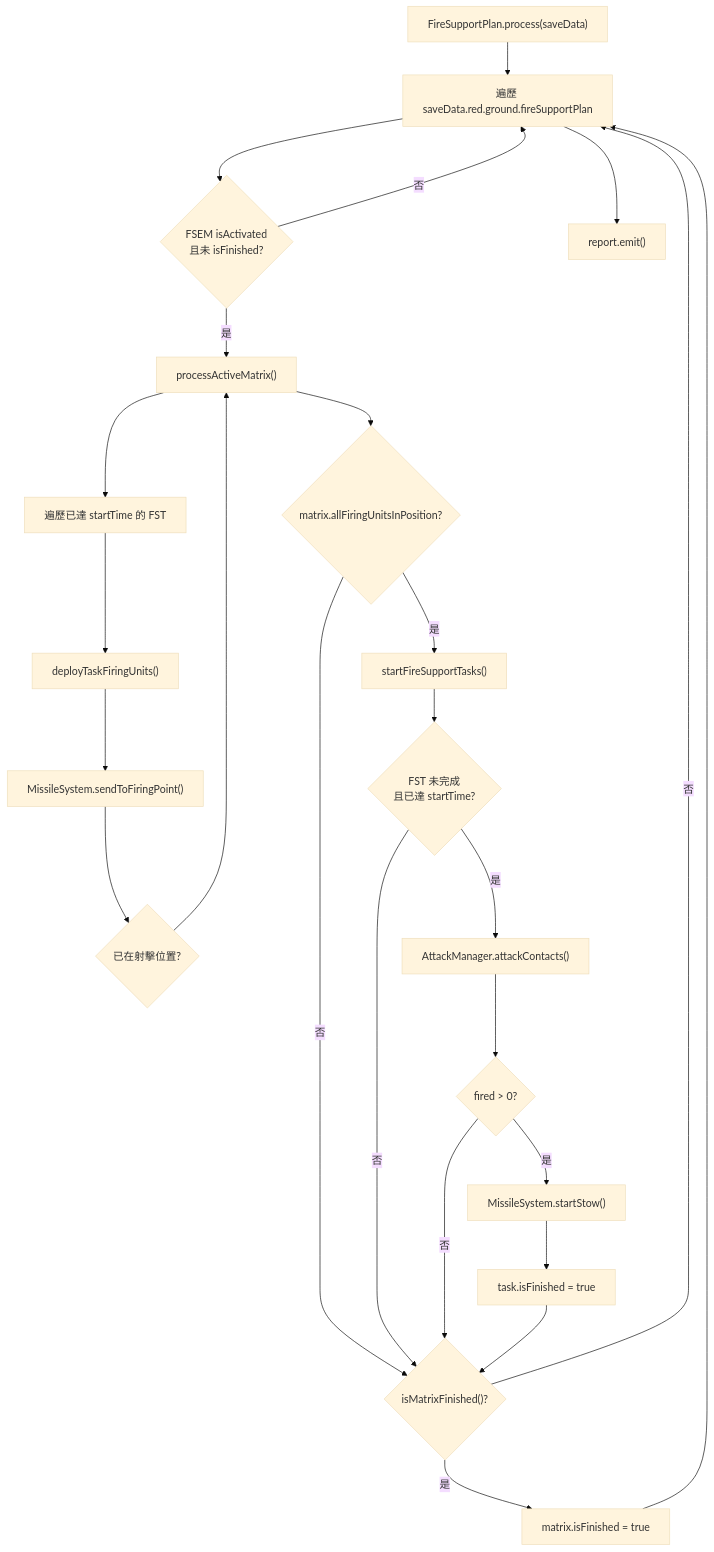
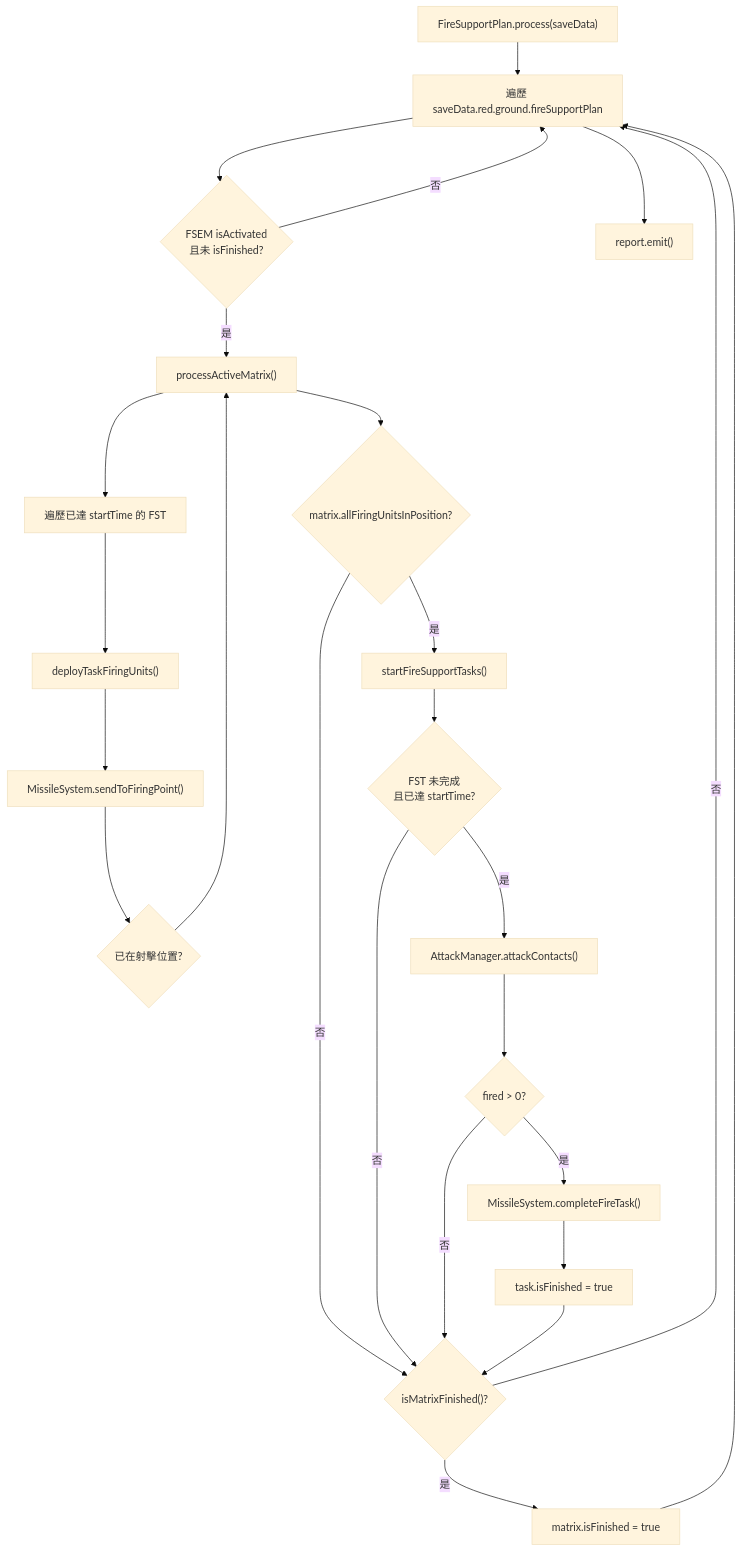
Before and after one commit to pullupjumper/formosa-in-flames: the diagram in docs/strikePlanner/fireSupportPlan.md, drawn with Mermaid (base theme). The commit also changed other lines of this file and 11 other files, not shown here.

First line of the commit message:
refactor(missileSystem): split startStow into completeFireTask and abortFireTask

````diff
--- a/docs/strikePlanner/fireSupportPlan.md
+++ b/docs/strikePlanner/fireSupportPlan.md
@@ -98,46 +98,46 @@
 ```mermaid
 flowchart TD
     START["FireSupportPlan.process(saveData)"]
     LOOP["遍歷 saveData.red.ground.fireSupportPlan"]
     ACTIVE{"FSEM isActivated<br/>且未 isFinished?"}
     PROCESS["processActiveMatrix()"]
     DEPLOY_TASK["遍歷已達 startTime 的 FST"]
     DEPLOY_UNIT["deployTaskFiringUnits()"]
     SEND["MissileSystem.sendToFiringPoint()"]
     STATIC{"已在射擊位置?"}
     ALL_READY{"matrix.allFiringUnitsInPosition?"}
     EXECUTE["startFireSupportTasks()"]
     TASK_READY{"FST 未完成<br/>且已達 startTime?"}
     ATTACK["AttackManager.attackContacts()"]
     FIRED{"fired > 0?"}
-    STOW["MissileSystem.startStow()"]
+    STOW["MissileSystem.completeFireTask()"]
     TASK_DONE["task.isFinished = true"]
     MATRIX_DONE{"isMatrixFinished()?"}
     FINISH["matrix.isFinished = true"]
     LOG["report.emit()"]
 
     START --> LOOP
     LOOP --> ACTIVE
     ACTIVE -->|否| LOOP
     ACTIVE -->|是| PROCESS
     PROCESS --> DEPLOY_TASK
     DEPLOY_TASK --> DEPLOY_UNIT
     DEPLOY_UNIT --> SEND
     SEND --> STATIC
     STATIC --> PROCESS
     PROCESS --> ALL_READY
     ALL_READY -->|是| EXECUTE
     ALL_READY -->|否| MATRIX_DONE
     EXECUTE --> TASK_READY
     TASK_READY -->|是| ATTACK
     TASK_READY -->|否| MATRIX_DONE
     ATTACK --> FIRED
     FIRED -->|是| STOW
     FIRED -->|否| MATRIX_DONE
     STOW --> TASK_DONE
     TASK_DONE --> MATRIX_DONE
     MATRIX_DONE -->|是| FINISH
     MATRIX_DONE -->|否| LOOP
     FINISH --> LOOP
     LOOP --> LOG
 ```
````
